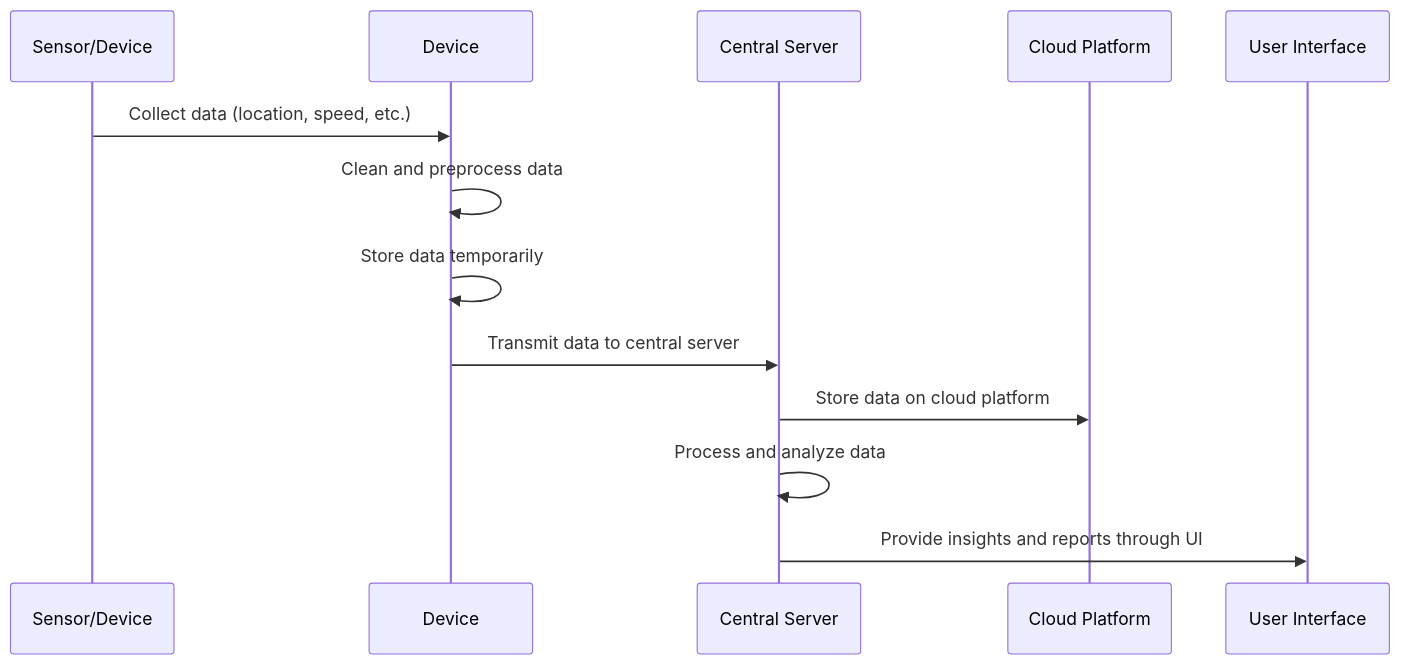
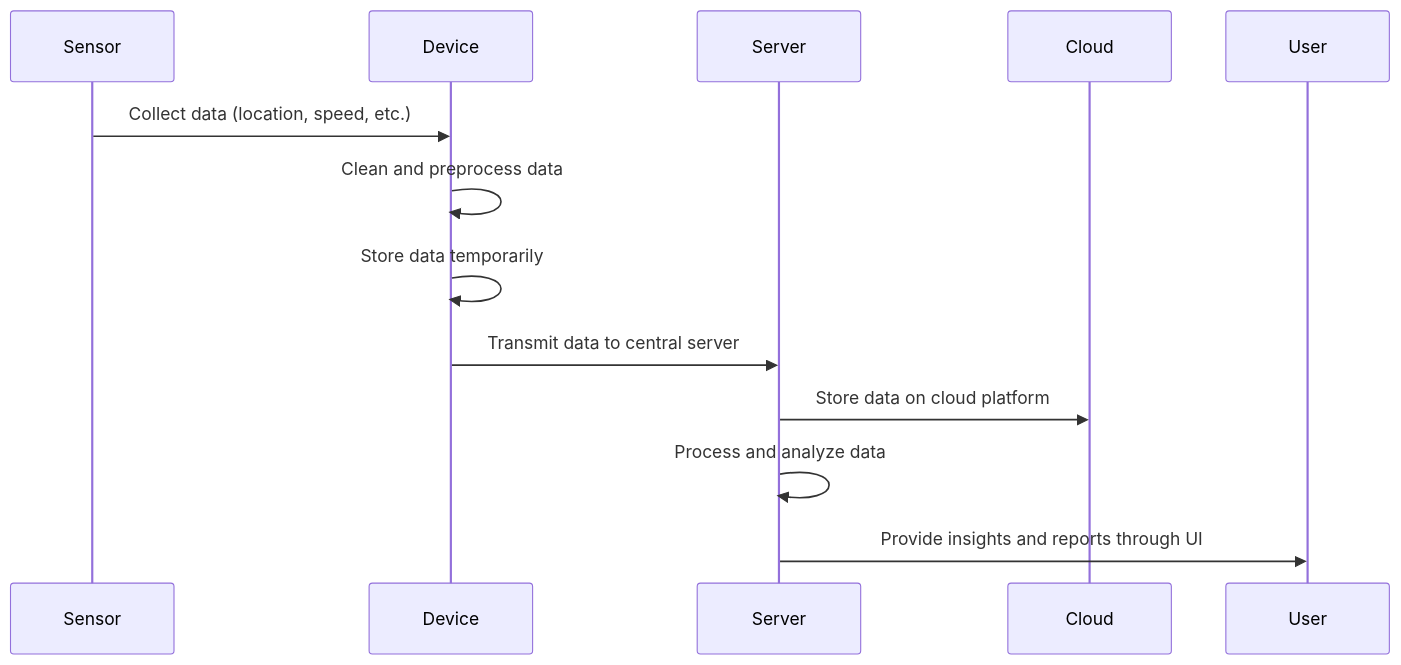
Before and after one commit to Seckinguldali/bergfried: the third of 3 diagrams in README.md, drawn with Mermaid. The commit also changed other lines of this file, not shown here.

Commit message:
mermaid fix

````diff
--- a/README.md
+++ b/README.md
@@ -45,16 +22,10 @@
 ```mermaid
 sequenceDiagram
-    participant Sensor as Sensor/Device
-    participant Device as Device
-    participant Server as Central Server
-    participant Cloud as Cloud Platform
-    participant User as User Interface
-
     Sensor->>Device: Collect data (location, speed, etc.)
     Device->>Device: Clean and preprocess data
     Device->>Device: Store data temporarily
     Device->>Server: Transmit data to central server
     Server->>Cloud: Store data on cloud platform
     Server->>Server: Process and analyze data
     Server->>User: Provide insights and reports through UI
 ```
````
